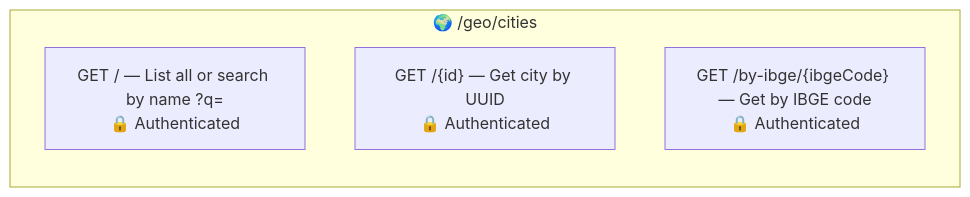
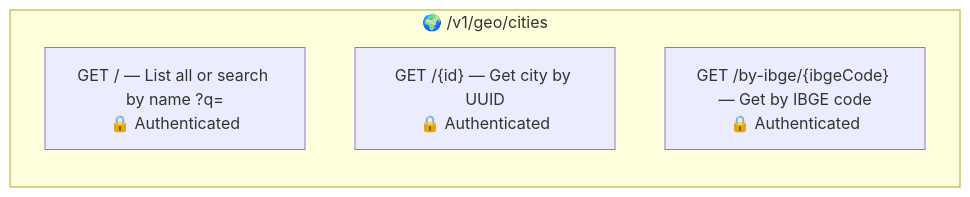
One commit to Plataforma-Universidade-Gratuita/pug-service changed the second of 4 diagrams in src/main/java/br/org/catolicasc/pug/geo/README.md. Above: the diagram before and after it, drawn with Mermaid. The commit also changed other lines of this file and 137 other files, not shown here.

````diff
--- a/src/main/java/br/org/catolicasc/pug/geo/README.md
+++ b/src/main/java/br/org/catolicasc/pug/geo/README.md
@@ -49,9 +49,9 @@
 ```mermaid
 graph LR
-    subgraph Cities["🌍 /geo/cities"]
+    subgraph Cities["🌍 /v1/geo/cities"]
         direction TB
         GET_LIST["GET / — List all or search by name ?q=<br/>🔒 Authenticated"]
         GET_ID["GET /{id} — Get city by UUID<br/>🔒 Authenticated"]
         GET_IBGE["GET /by-ibge/{ibgeCode} — Get by IBGE code<br/>🔒 Authenticated"]
     end
 ```
````
